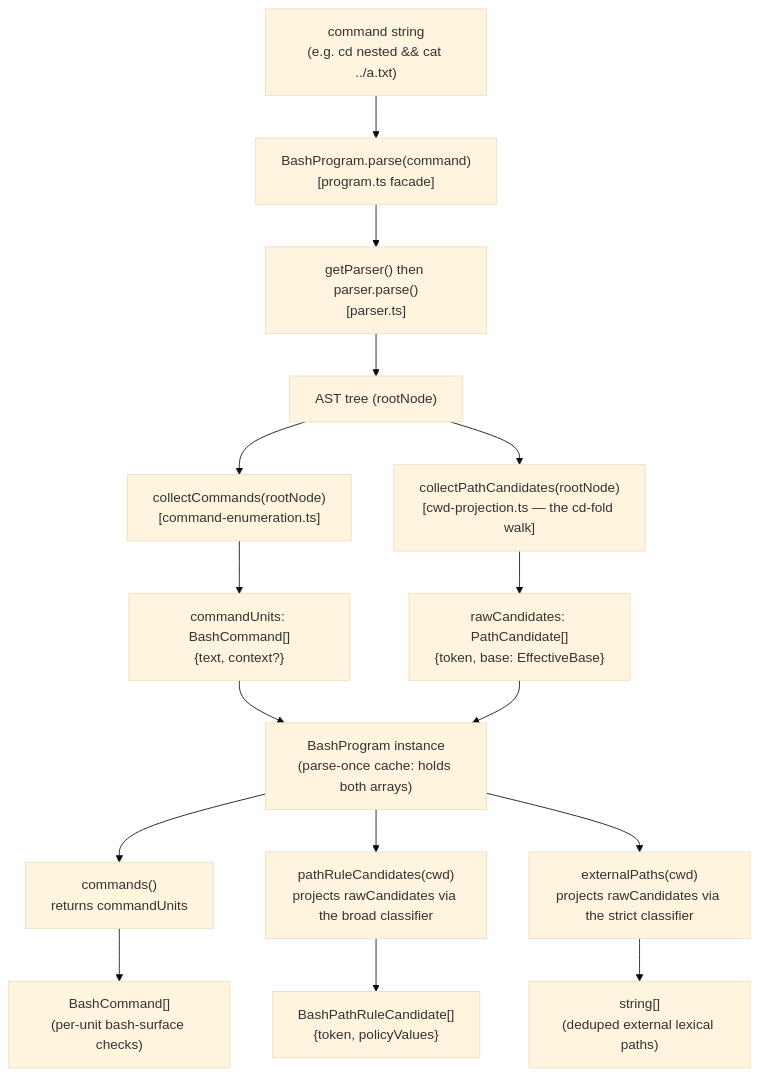
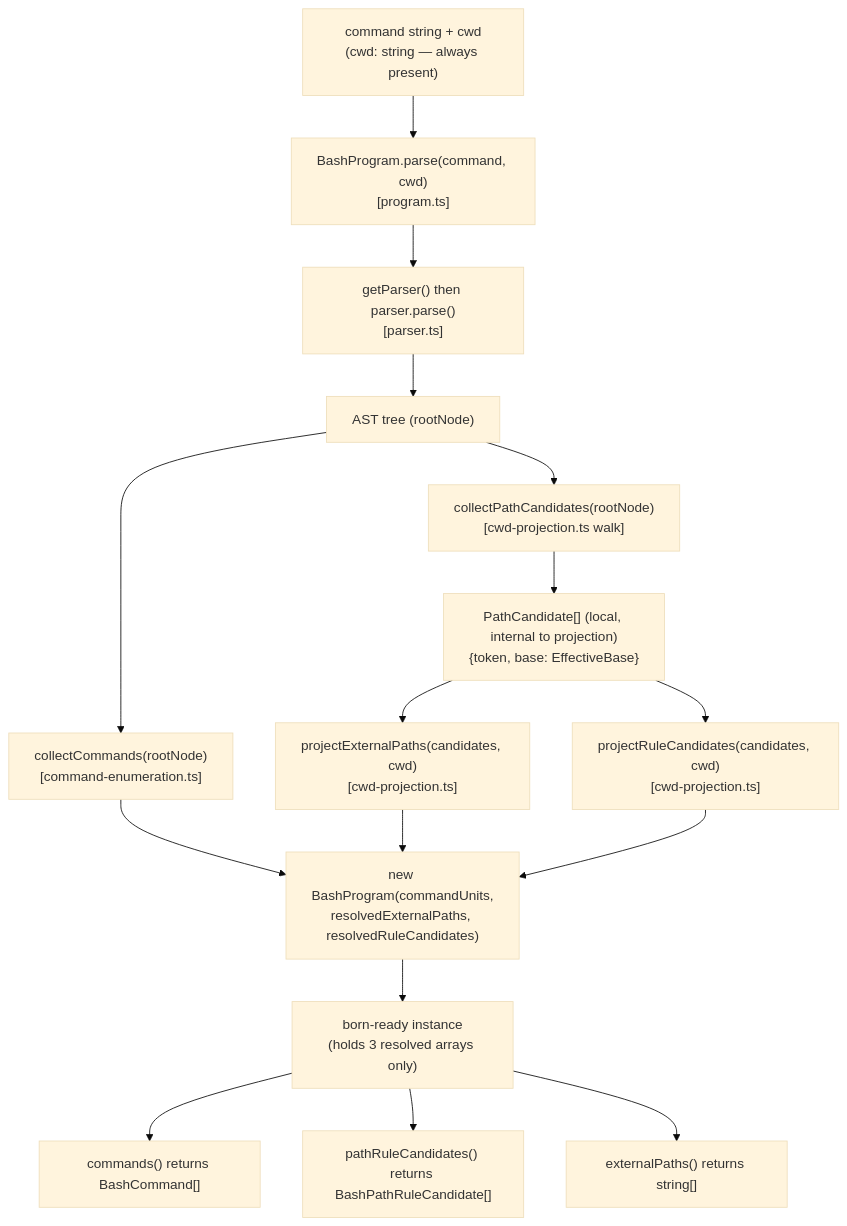
The first of 2 diagrams in packages/pi-permission-system/docs/plans/0475-extract-command-enumeration-cwd-projection.md (whaoa/forked-gotgenes-pi-packages), drawn with Mermaid (base theme) before and after one commit. The commit also changed other lines of this file, not shown here.

Commit message:
docs: revise #475 plan — born-ready BashProgram + cwd type fix (#475)

````diff
--- a/packages/pi-permission-system/docs/plans/0475-extract-command-enumeration-cwd-projection.md
+++ b/packages/pi-permission-system/docs/plans/0475-extract-command-enumeration-cwd-projection.md
@@ -92,25 +115,23 @@
 ```mermaid
 flowchart TD
-    CMD["command string<br/>(e.g. cd nested && cat ../a.txt)"]
-    CMD --> PARSE["BashProgram.parse(command)<br/>[program.ts facade]"]
-
+    IN["command string + cwd<br/>(cwd: string — always present)"]
+    IN --> PARSE["BashProgram.parse(command, cwd)<br/>[program.ts]"]
     PARSE --> GP["getParser() then parser.parse()<br/>[parser.ts]"]
     GP --> TREE["AST tree (rootNode)"]
 
     TREE --> CE["collectCommands(rootNode)<br/>[command-enumeration.ts]"]
-    TREE --> CP["collectPathCandidates(rootNode)<br/>[cwd-projection.ts — the cd-fold walk]"]
+    TREE --> CP["collectPathCandidates(rootNode)<br/>[cwd-projection.ts walk]"]
 
-    CE --> UNITS["commandUnits: BashCommand[]<br/>{text, context?}"]
-    CP --> RAW["rawCandidates: PathCandidate[]<br/>{token, base: EffectiveBase}"]
+    CP --> CAND["PathCandidate[] (local, internal to projection)<br/>{token, base: EffectiveBase}"]
+    CAND --> PE["projectExternalPaths(candidates, cwd)<br/>[cwd-projection.ts]"]
+    CAND --> PR["projectRuleCandidates(candidates, cwd)<br/>[cwd-projection.ts]"]
 
-    UNITS --> CACHE["BashProgram instance<br/>(parse-once cache: holds both arrays)"]
-    RAW --> CACHE
+    CE --> CTOR["new BashProgram(commandUnits,<br/>resolvedExternalPaths, resolvedRuleCandidates)"]
+    PE --> CTOR
+    PR --> CTOR
 
-    CACHE --> S1["commands()<br/>returns commandUnits"]
-    CACHE --> S2["pathRuleCandidates(cwd)<br/>projects rawCandidates via the broad classifier"]
-    CACHE --> S3["externalPaths(cwd)<br/>projects rawCandidates via the strict classifier"]
-
-    S1 --> O1["BashCommand[]<br/>(per-unit bash-surface checks)"]
-    S2 --> O2["BashPathRuleCandidate[]<br/>{token, policyValues}"]
-    S3 --> O3["string[]<br/>(deduped external lexical paths)"]
+    CTOR --> INST["born-ready instance<br/>(holds 3 resolved arrays only)"]
+    INST --> G1["commands() returns BashCommand[]"]
+    INST --> G2["pathRuleCandidates() returns BashPathRuleCandidate[]"]
+    INST --> G3["externalPaths() returns string[]"]
 ```
````
